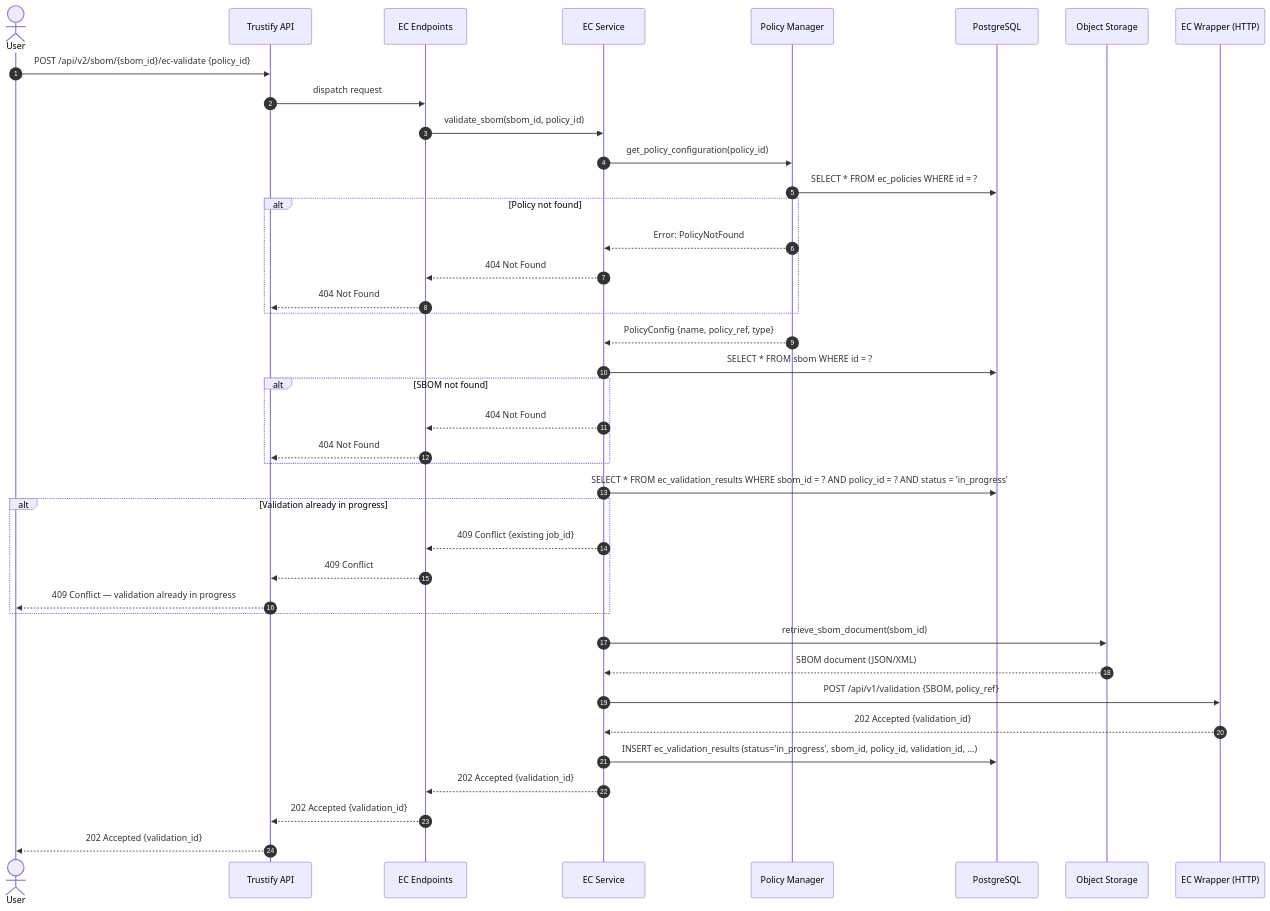
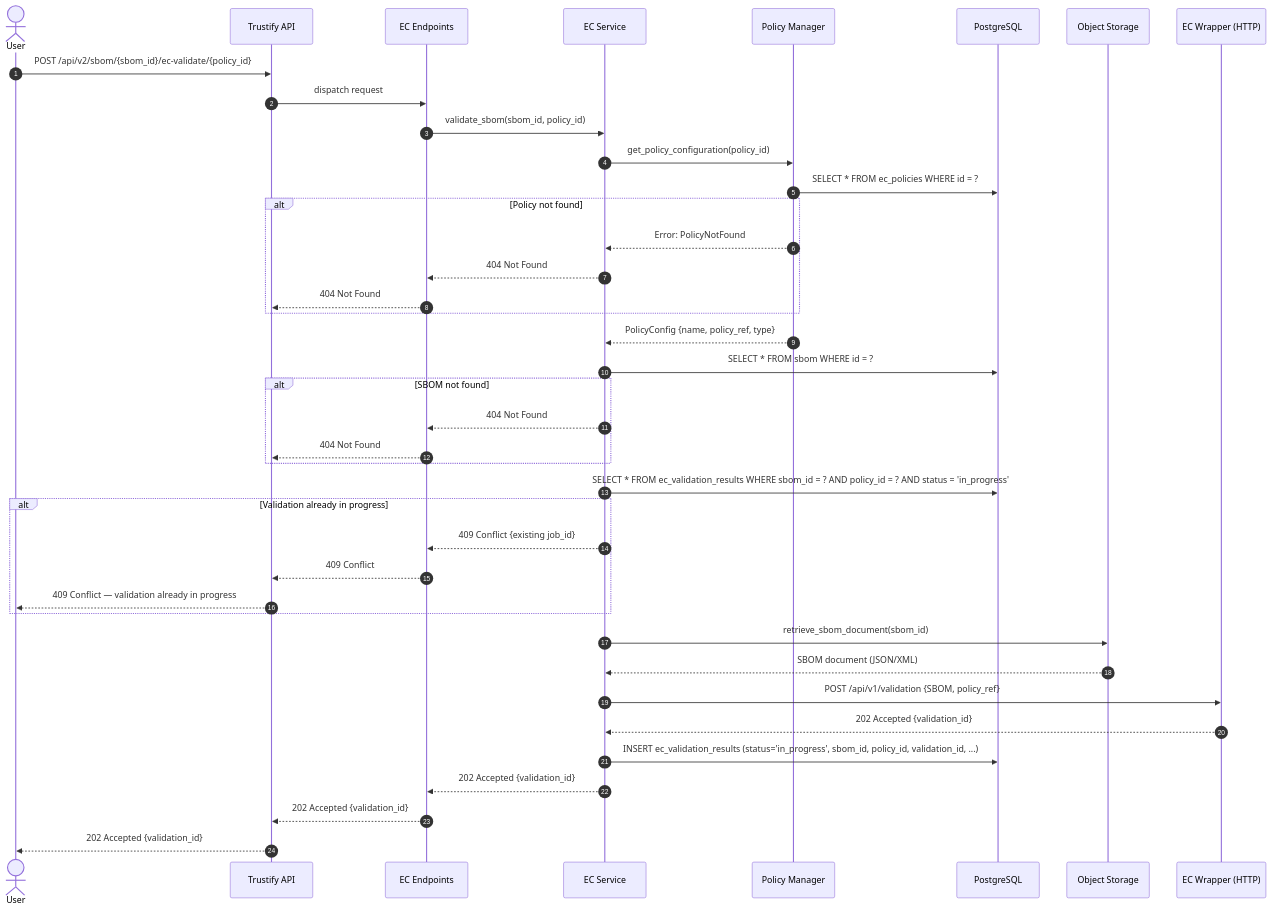
The fourth of 5 diagrams in docs/adrs/00014-enterprise-contract-integration.md (gildub/trustify), drawn with Mermaid before and after one commit. The commit also changed other lines of this file, not shown here.

````diff
--- a/docs/adrs/00014-enterprise-contract-integration.md
+++ b/docs/adrs/00014-enterprise-contract-integration.md
@@ -211,49 +213,49 @@
 ```mermaid
 sequenceDiagram
     autonumber
     actor User
     participant API as Trustify API
     participant EP as EC Endpoints
     participant VS as EC Service
     participant PM as Policy Manager
     participant DB as PostgreSQL
     participant S3 as Object Storage
     participant Wrapper as EC Wrapper (HTTP)
 
-    User->>API: POST /api/v2/sbom/{sbom_id}/ec-validate {policy_id}
+    User->>API: POST /api/v2/sbom/{sbom_id}/ec-validate/{policy_id}
     API->>EP: dispatch request
     EP->>VS: validate_sbom(sbom_id, policy_id)
 
     VS->>PM: get_policy_configuration(policy_id)
     PM->>DB: SELECT * FROM ec_policies WHERE id = ?
     alt Policy not found
         PM-->>VS: Error: PolicyNotFound
         VS-->>EP: 404 Not Found
         EP-->>API: 404 Not Found
     end
     PM-->>VS: PolicyConfig {name, policy_ref, type}
 
     VS->>DB: SELECT * FROM sbom WHERE id = ?
     alt SBOM not found
         VS-->>EP: 404 Not Found
         EP-->>API: 404 Not Found
     end
 
     VS->>DB: SELECT * FROM ec_validation_results WHERE sbom_id = ? AND policy_id = ? AND status = 'in_progress'
     alt Validation already in progress
         VS-->>EP: 409 Conflict {existing job_id}
         EP-->>API: 409 Conflict
         API-->>User: 409 Conflict — validation already in progress
     end
 
     VS->>S3: retrieve_sbom_document(sbom_id)
     S3-->>VS: SBOM document (JSON/XML)
 
     VS->>Wrapper: POST /api/v1/validation {SBOM, policy_ref}
     Wrapper-->>VS: 202 Accepted {validation_id}
 
     VS->>DB: INSERT ec_validation_results (status='in_progress', sbom_id, policy_id, validation_id, ...)
     VS-->>EP: 202 Accepted {validation_id}
     EP-->>API: 202 Accepted {validation_id}
     API-->>User: 202 Accepted {validation_id}
 ```
````
